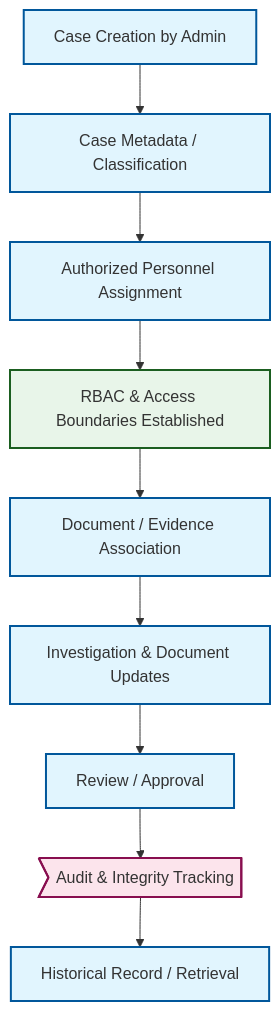
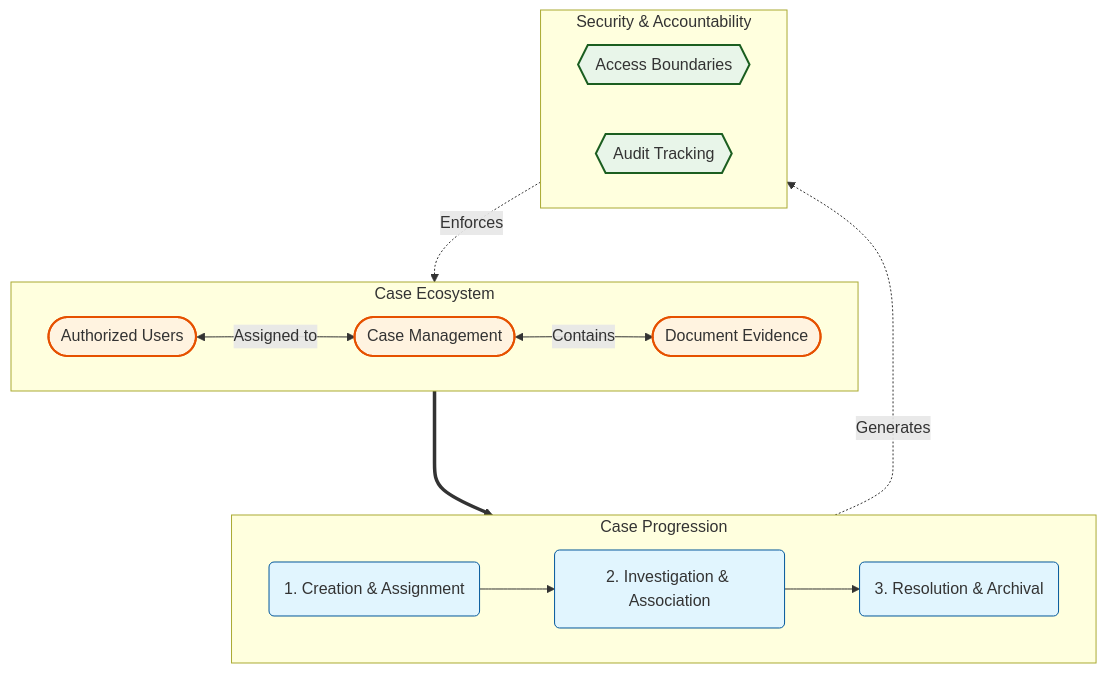
The second of 3 diagrams in README.md (Prabhanshu2025B0384/SDMS), drawn with Mermaid before and after one commit. The commit also changed other lines of this file, not shown here.

Commit message:
diagrams changed

````diff
--- a/README.md
+++ b/README.md
@@ -485,19 +500,36 @@
 ```mermaid
 flowchart TD
-    Create[Case Creation by Admin] --> Meta[Case Metadata / Classification]
-    Meta --> Assign[Authorized Personnel Assignment]
-    Assign --> Auth[RBAC & Access Boundaries Established]
-    Auth --> Docs[Document / Evidence Association]
-    Docs --> Work[Investigation & Document Updates]
-    Work --> Review[Review / Approval]
-    Review --> Audit>Audit & Integrity Tracking]
-    Audit --> Close[Historical Record / Retrieval]
-    
-    classDef process fill:#e1f5fe,stroke:#01579b,stroke-width:2px;
-    classDef audit fill:#fce4ec,stroke:#880e4f,stroke-width:2px;
+    %% Core Entities & Relationships
+    subgraph Core [Case Ecosystem]
+        direction LR
+        Users([Authorized Users]) <-->|Assigned to| Cases([Case Management])
+        Cases <-->|Contains| Docs([Document Evidence])
+    end
+
+    %% Lifecycle Phases
+    subgraph Lifecycle [Case Progression]
+        direction LR
+        Init(1. Creation & Assignment) --> Active(2. Investigation & Association)
+        Active --> Close(3. Resolution & Archival)
+    end
+
+    %% Security & Control
+    subgraph Control [Security & Accountability]
+        direction LR
+        RBAC{{Access Boundaries}}
+        Audit{{Audit Tracking}}
+    end
+
+    %% Connect them
+    Control -.->|Enforces| Core
+    Core ===> Lifecycle
+    Lifecycle -.->|Generates| Audit
+
+    classDef entity fill:#fff3e0,stroke:#e65100,stroke-width:2px;
+    classDef phase fill:#e1f5fe,stroke:#01579b,stroke-width:1px;
     classDef security fill:#e8f5e9,stroke:#1b5e20,stroke-width:2px;
-    
-    class Create,Meta,Assign,Docs,Work,Review,Close process;
-    class Auth security;
-    class Audit audit;
+
+    class Users,Cases,Docs entity;
+    class Init,Active,Close phase;
+    class RBAC,Audit security;
 ```
````
